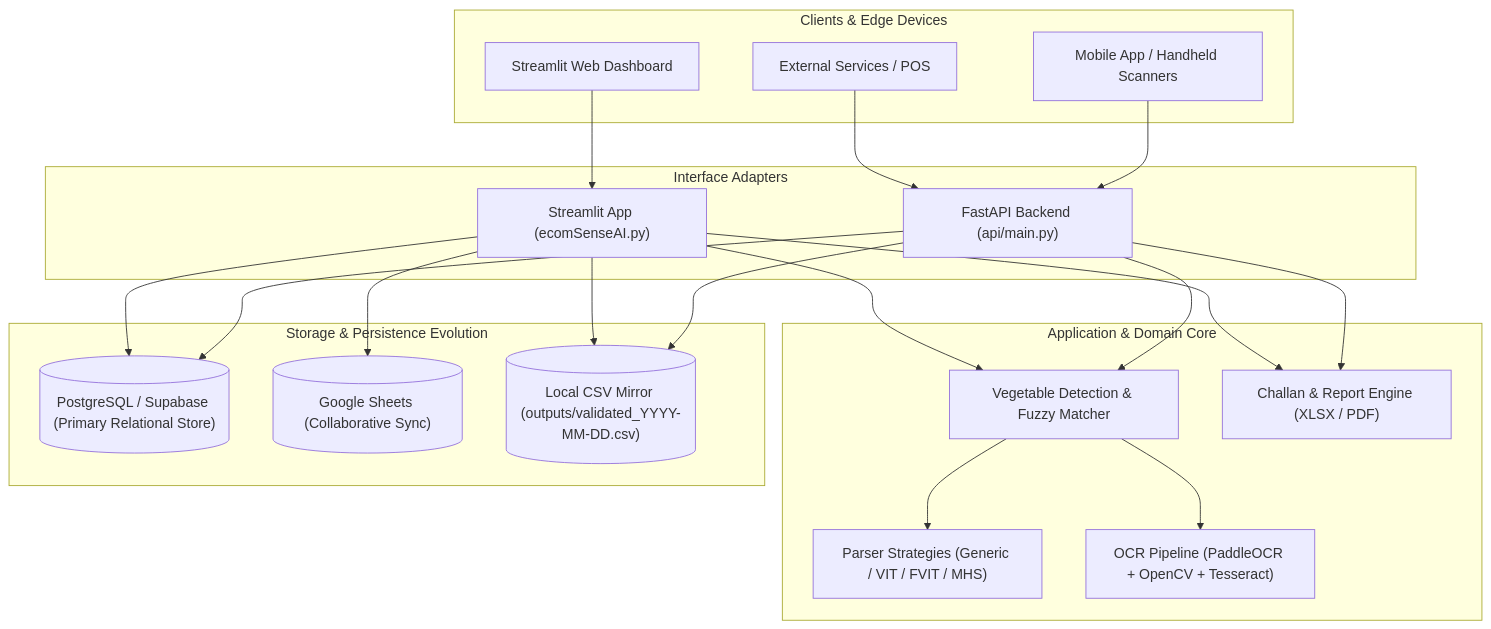
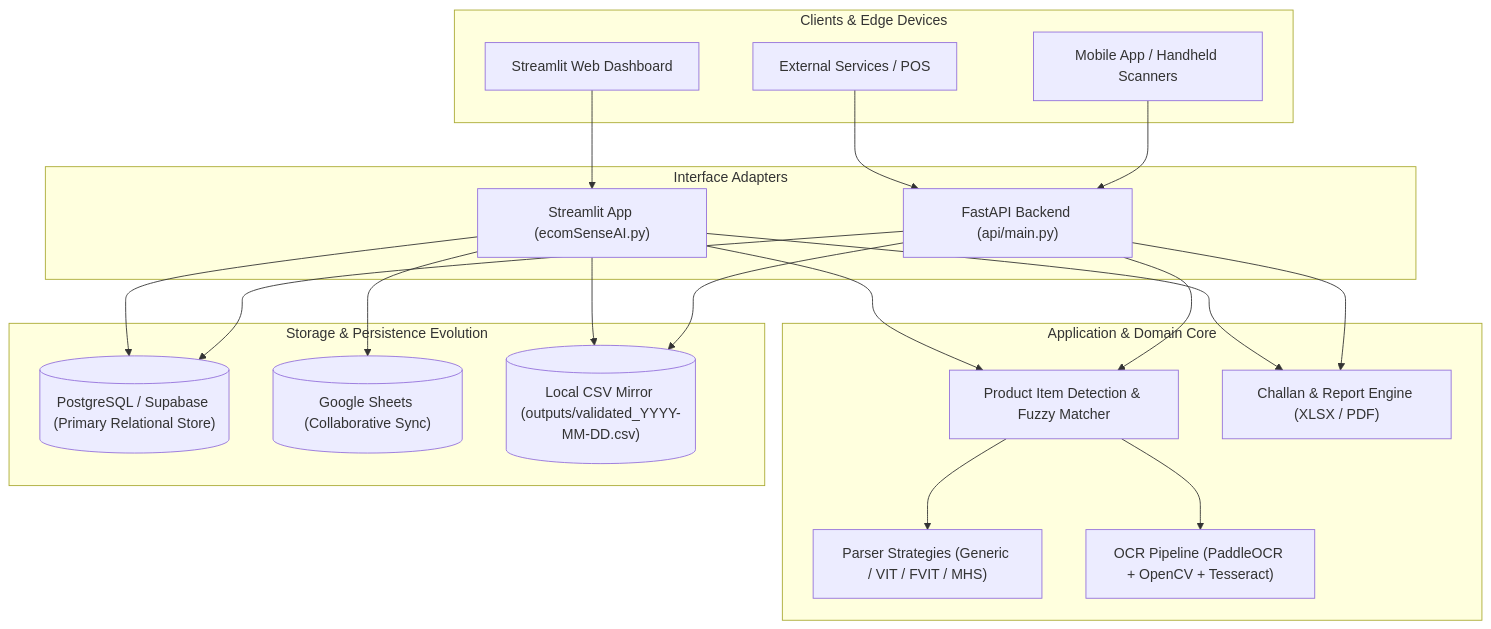
One commit to santhosh790/ecomSenseAI changed the diagram in README.md. Above: the diagram before and after it, drawn with Mermaid. The commit also changed other lines of this file and 16 other files, not shown here.

````diff
--- a/README.md
+++ b/README.md
@@ -11,44 +11,44 @@
 ```mermaid
 flowchart TD
     subgraph Clients["Clients & Edge Devices"]
         Mobile["Mobile App / Handheld Scanners"]
         WebAdmin["Streamlit Web Dashboard"]
         External["External Services / POS"]
     end
 
     subgraph Interfaces["Interface Adapters"]
         API["FastAPI Backend (api/main.py)"]
         StreamlitUI["Streamlit App (ecomSenseAI.py)"]
     end
 
     subgraph Core["Application & Domain Core"]
-        Detection["Vegetable Detection & Fuzzy Matcher"]
+        Detection["Product Item Detection & Fuzzy Matcher"]
         Parser["Parser Strategies (Generic / VIT / FVIT / MHS)"]
         OCR["OCR Pipeline (PaddleOCR + OpenCV + Tesseract)"]
         Reporting["Challan & Report Engine (XLSX / PDF)"]
     end
 
     subgraph Persistence["Storage & Persistence Evolution"]
         Postgres[("PostgreSQL / Supabase (Primary Relational Store)")]
         GSheets[("Google Sheets (Collaborative Sync)")]
         CSVFile[("Local CSV Mirror (outputs/validated_YYYY-MM-DD.csv)")]
     end
 
     Mobile --> API
     External --> API
     WebAdmin --> StreamlitUI
 
     API --> Detection
     API --> Reporting
     StreamlitUI --> Detection
     StreamlitUI --> Reporting
 
     Detection --> OCR
     Detection --> Parser
 
     API --> Postgres
     API --> CSVFile
     StreamlitUI --> Postgres
     StreamlitUI --> GSheets
     StreamlitUI --> CSVFile
 ```
````
